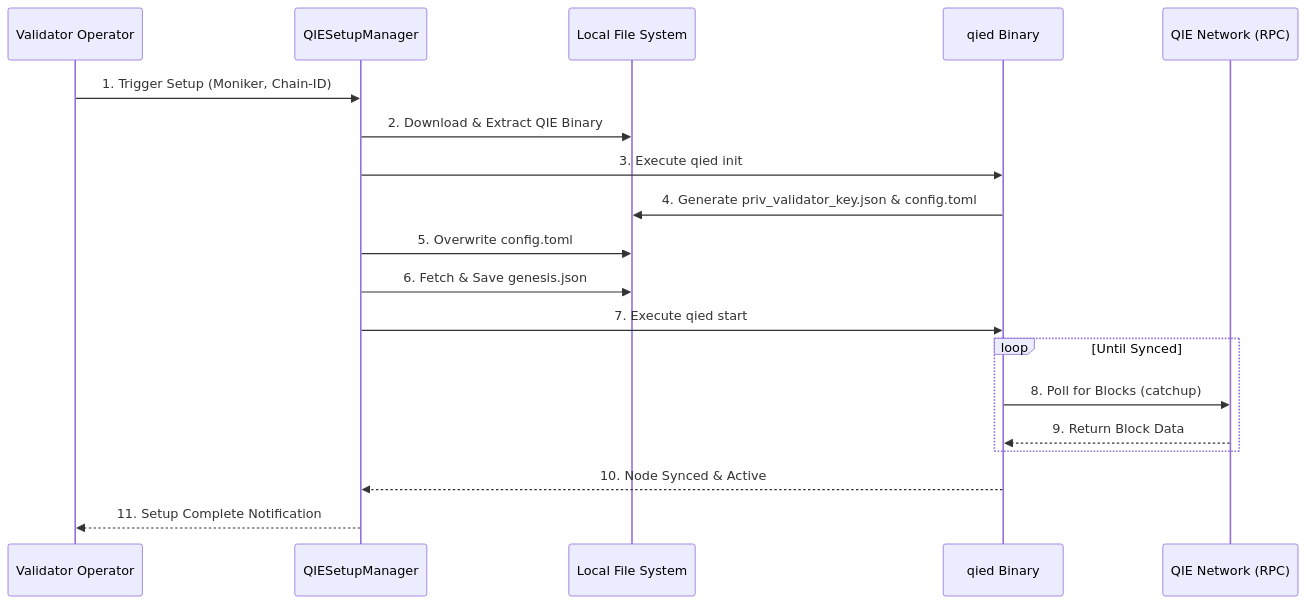
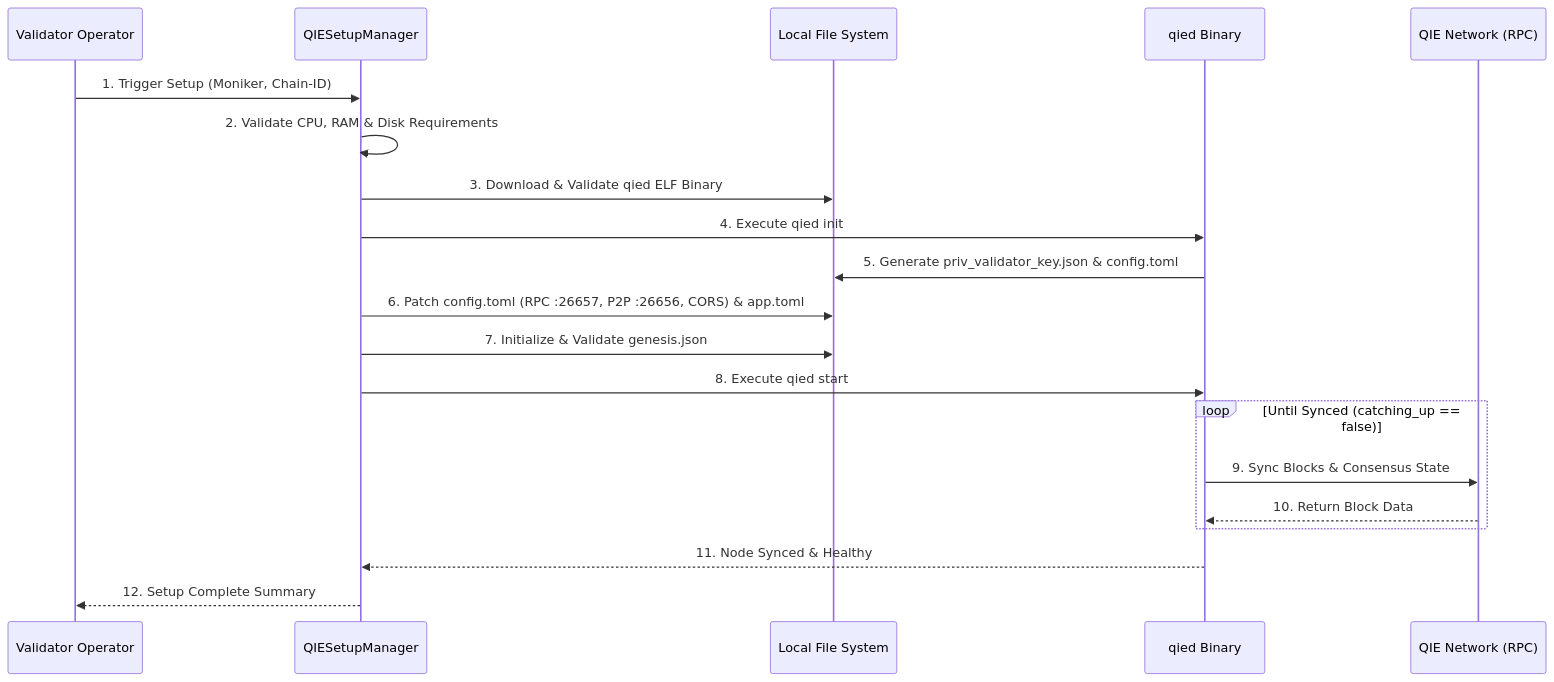
One commit to sheikhrehanseo/ValiGuard-Project-Main changed diagram 16 of 23 in ValiGuard_Docs/ValiGuard_AI_Phase_1_Documentation.md. Above: the diagram before and after it, drawn with Mermaid. The commit also changed other lines of this file and 16 other files, not shown here.

Commit message:
feat: integrate EVM block telemetry, enhance demo mode mock data, and clean up legacy frontend

````diff
--- a/ValiGuard_Docs/ValiGuard_AI_Phase_1_Documentation.md
+++ b/ValiGuard_Docs/ValiGuard_AI_Phase_1_Documentation.md
@@ -1081,29 +1137,25 @@
 ```mermaid
 sequenceDiagram
     participant Operator as Validator Operator
     participant Setup as QIESetupManager
     participant FS as Local File System
     participant Node as qied Binary
     participant RPC as QIE Network (RPC)
 
     Operator->>Setup: 1. Trigger Setup (Moniker, Chain-ID)
+    Setup->>Setup: 2. Validate CPU, RAM & Disk Requirements
+    Setup->>FS: 3. Download & Validate qied ELF Binary
+    Setup->>Node: 4. Execute qied init
+    Node->>FS: 5. Generate priv_validator_key.json & config.toml
+    Setup->>FS: 6. Patch config.toml (RPC :26657, P2P :26656, CORS) & app.toml
+    Setup->>FS: 7. Initialize & Validate genesis.json
+    Setup->>Node: 8. Execute qied start
 
-    Setup->>FS: 2. Download & Extract QIE Binary
-
-    Setup->>Node: 3. Execute qied init
-
-    Node->>FS: 4. Generate priv_validator_key.json & config.toml
-
-    Setup->>FS: 5. Overwrite config.toml
-    Setup->>FS: 6. Fetch & Save genesis.json
-
-    Setup->>Node: 7. Execute qied start
-
-    loop Until Synced
-        Node->>RPC: 8. Poll for Blocks (catchup)
-        RPC-->>Node: 9. Return Block Data
+    loop Until Synced (catching_up == false)
+        Node->>RPC: 9. Sync Blocks & Consensus State
+        RPC-->>Node: 10. Return Block Data
     end
 
-    Node-->>Setup: 10. Node Synced & Active
-    Setup-->>Operator: 11. Setup Complete Notification
+    Node-->>Setup: 11. Node Synced & Healthy
+    Setup-->>Operator: 12. Setup Complete Summary
 ```
````
